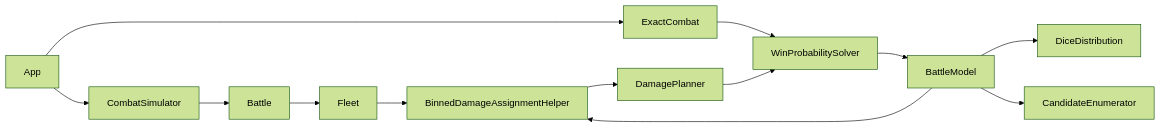
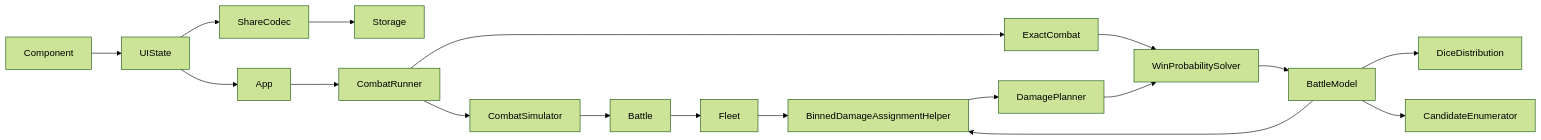
One commit to fivethirty/luminary changed the diagram in docs/architecture.md. Above: the diagram before and after it, drawn with Mermaid (forest theme). The commit also changed other lines of this file and 78 other files, not shown here.

First line of the commit message:
Update battle setup and wire results flow end to end. Also add faction-aware fleet editing (#24)

````diff
--- a/docs/architecture.md
+++ b/docs/architecture.md
@@ -12,16 +15,22 @@
 ```mermaid
 flowchart LR
-  App --> CombatSimulator
-  App --> ExactCombat
+  Component --> UIState
+  UIState --> App
+  UIState --> ShareCodec
+  ShareCodec --> Storage
+
+  App --> CombatRunner
+  CombatRunner --> CombatSimulator
+  CombatRunner --> ExactCombat
   CombatSimulator --> Battle
   Battle --> Fleet
   Fleet --> AssignmentHelper[BinnedDamageAssignmentHelper]
   AssignmentHelper --> DamagePlanner
 
   ExactCombat --> Solver[WinProbabilitySolver]
   DamagePlanner --> Solver
   Solver --> BattleModel
   BattleModel --> DiceDistribution
   BattleModel --> CandidateEnumerator
   BattleModel --> AssignmentHelper
 ```
````
